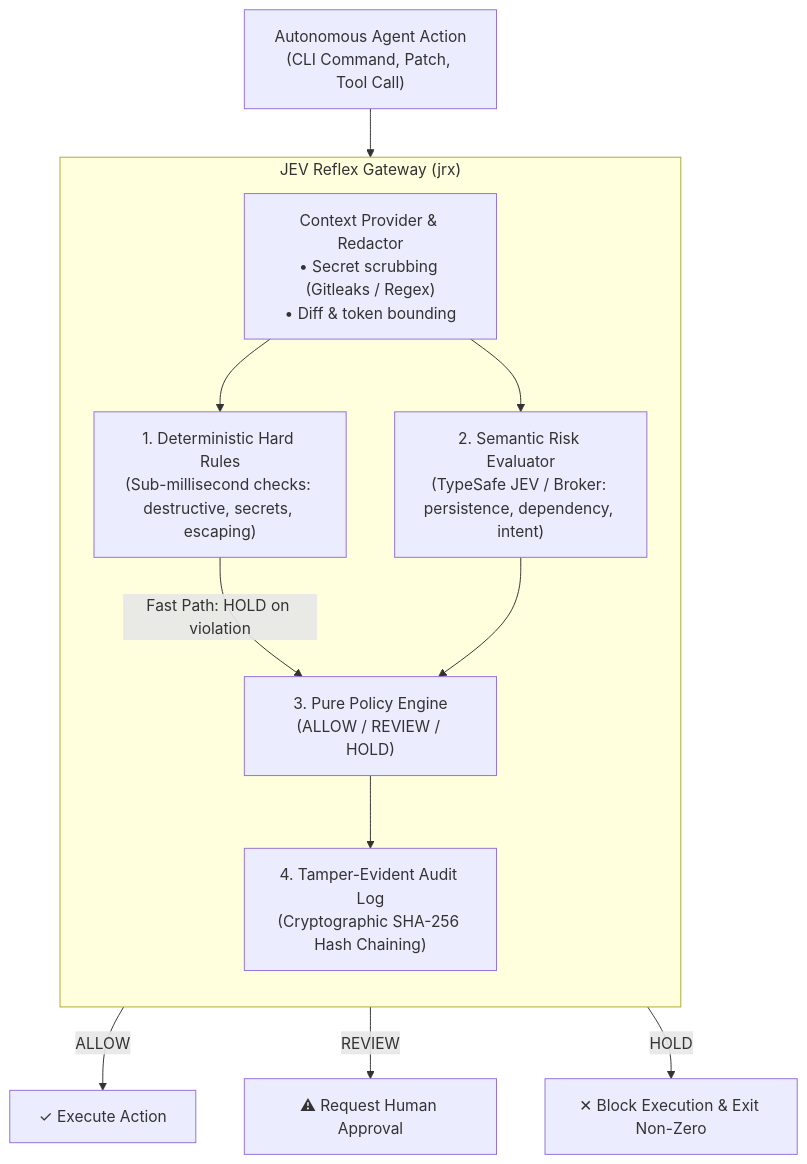
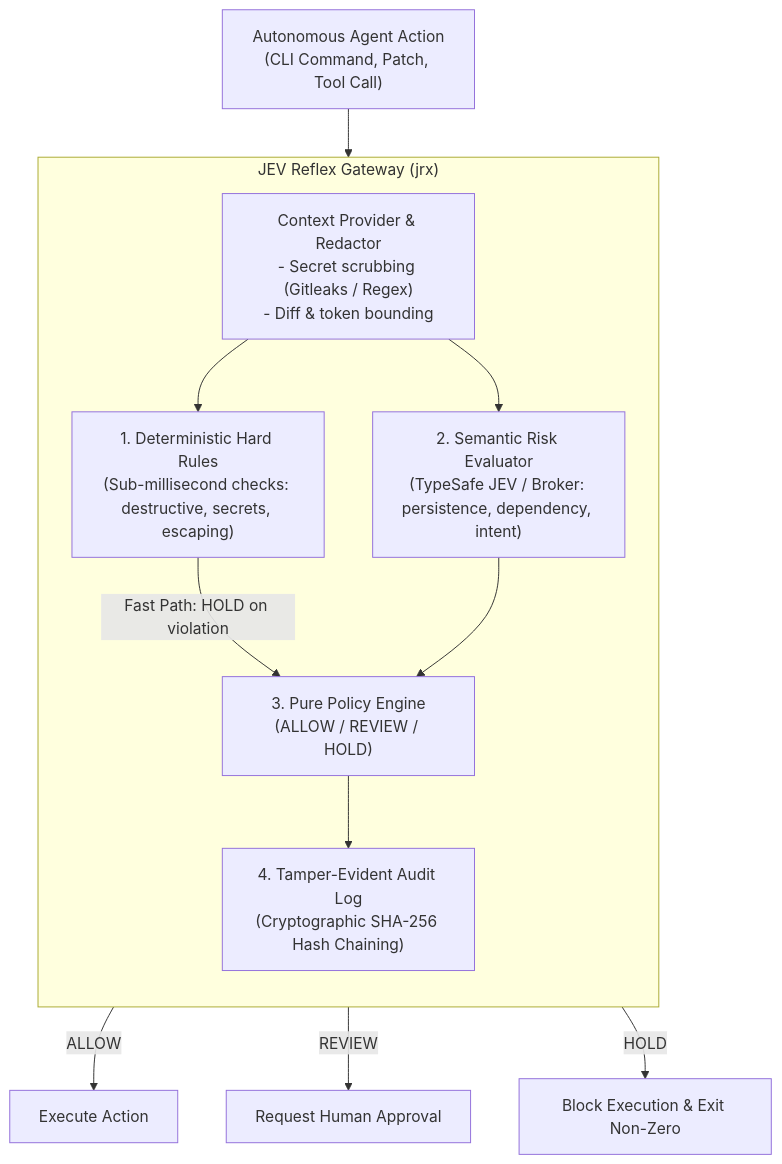
Before and after one commit to Madhumasa84/jrx: the diagram in README.md, drawn with Mermaid. The commit also changed other lines of this file, not shown here.

````diff
--- a/README.md
+++ b/README.md
@@ -41,24 +35,24 @@
 ```mermaid
 flowchart TD
     Agent["Autonomous Agent Action<br/>(CLI Command, Patch, Tool Call)"] --> Gateway["JEV Reflex Gateway"]
 
     subgraph Gateway ["JEV Reflex Gateway (jrx)"]
         direction TB
-        Context["Context Provider & Redactor<br/>• Secret scrubbing (Gitleaks / Regex)<br/>• Diff & token bounding"]
+        Context["Context Provider & Redactor<br/>- Secret scrubbing (Gitleaks / Regex)<br/>- Diff & token bounding"]
         
         HardChecks["1. Deterministic Hard Rules<br/>(Sub-millisecond checks: destructive, secrets, escaping)"]
         Semantic["2. Semantic Risk Evaluator<br/>(TypeSafe JEV / Broker: persistence, dependency, intent)"]
         Policy["3. Pure Policy Engine<br/>(ALLOW / REVIEW / HOLD)"]
         Audit["4. Tamper-Evident Audit Log<br/>(Cryptographic SHA-256 Hash Chaining)"]
 
         Context --> HardChecks
         Context --> Semantic
         HardChecks -->|Fast Path: HOLD on violation| Policy
         Semantic --> Policy
         Policy --> Audit
     end
 
-    Policy -->|ALLOW| Exec["✓ Execute Action"]
-    Policy -->|REVIEW| User["⚠ Request Human Approval"]
-    Policy -->|HOLD| Block["✕ Block Execution & Exit Non-Zero"]
+    Policy -->|ALLOW| Exec["Execute Action"]
+    Policy -->|REVIEW| User["Request Human Approval"]
+    Policy -->|HOLD| Block["Block Execution & Exit Non-Zero"]
 ```
````
